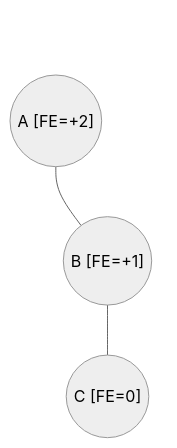
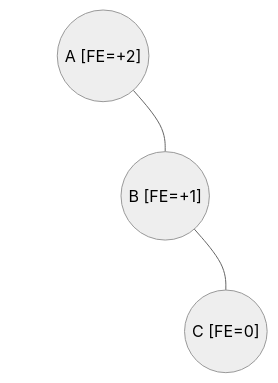
Diagram 20 of 36 in 03-arboles.md (frijolitobandido/Guia_Matematica_Discreta), drawn with Mermaid (neutral theme) before and after one commit. The commit also changed other lines of this file, not shown here.

````diff
--- a/03-arboles.md
+++ b/03-arboles.md
@@ -576,9 +576,10 @@
 ```mermaid
 graph TD
-    c1(("A [FE=+2]")) --- c2(("B [FE=+1]"))
-    sp1(( )):::invisible ~~~ c1
-    sp2(( )):::invisible ~~~ c2
+    c1(("A [FE=+2]")) --- sp1[" "]:::invis
+    c1 --- c2(("B [FE=+1]"))
+    c2 --- sp2[" "]:::invis
     c2 --- c3(("C [FE=0]"))
 
-    classDef invisible fill:none,stroke:none
+    classDef invis fill:none,stroke:none,color:none
+    linkStyle 0,2 stroke:none;
 ```
````
